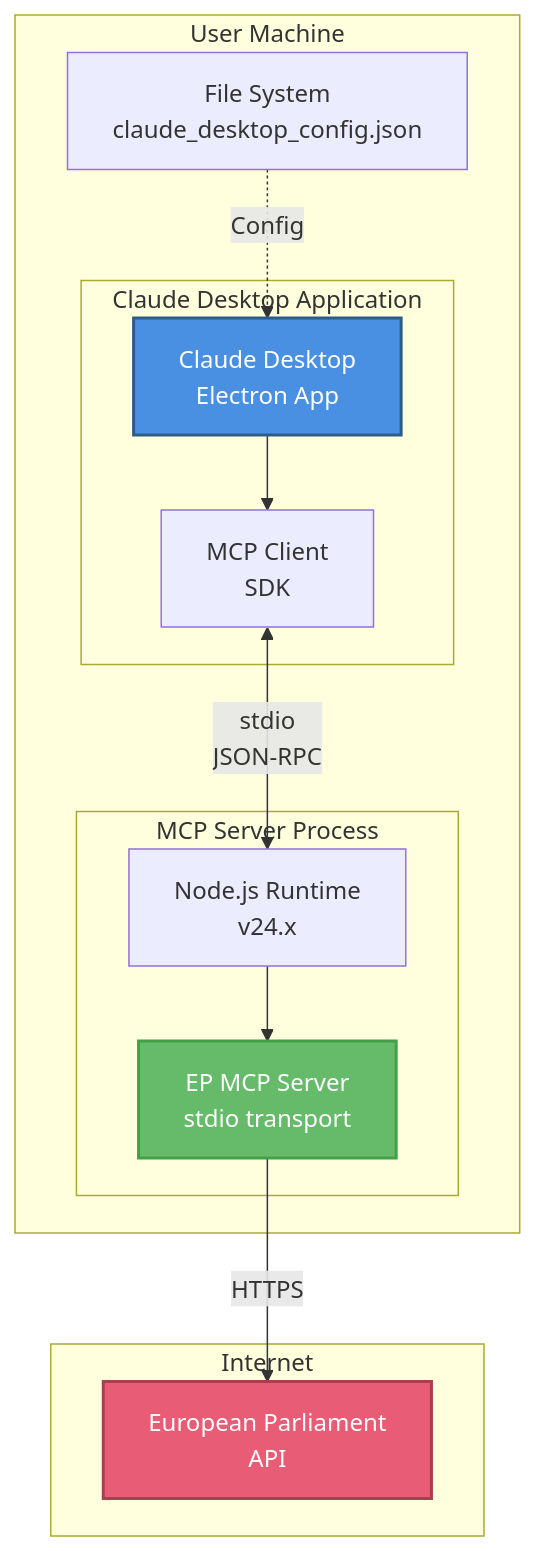
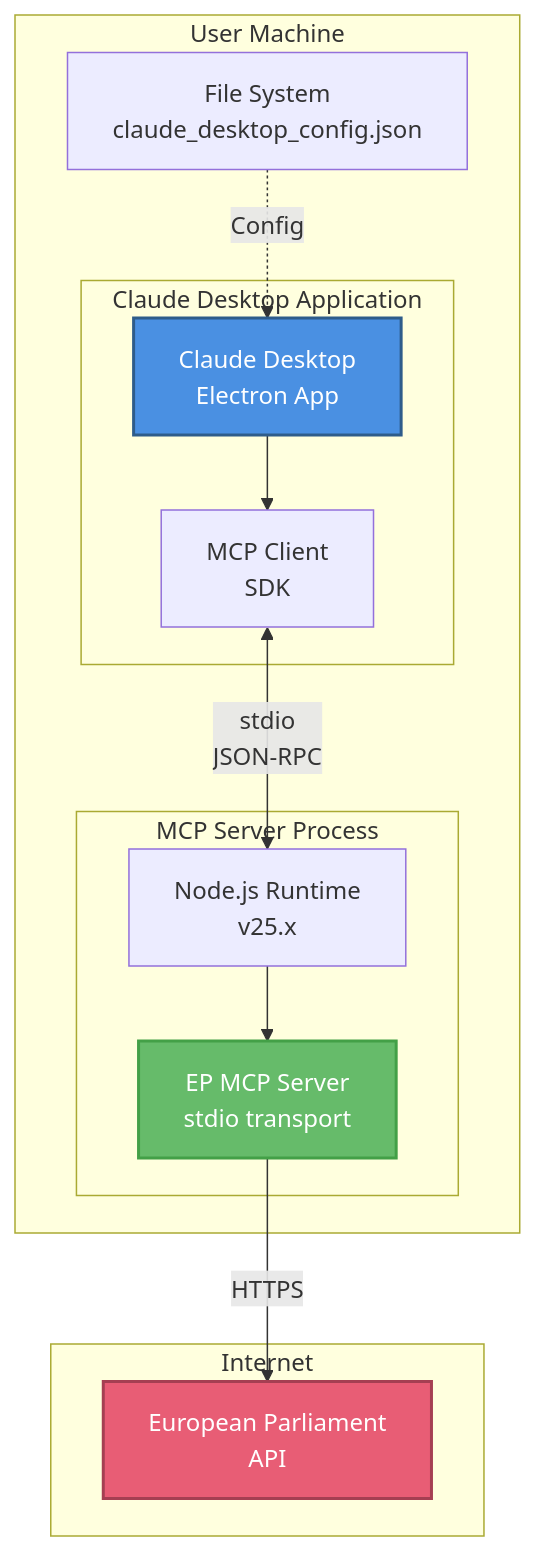
One commit to Hack23/European-Parliament-MCP-Server changed the tenth of 14 diagrams in docs/api-markdown/_media/ARCHITECTURE_DIAGRAMS.md. Above: the diagram before and after it, drawn with Mermaid. The commit also changed other lines of this file and 40 other files, not shown here.

````diff
--- a/docs/api-markdown/_media/ARCHITECTURE_DIAGRAMS.md
+++ b/docs/api-markdown/_media/ARCHITECTURE_DIAGRAMS.md
@@ -663,30 +663,30 @@
 ```mermaid
 graph TB
     subgraph "User Machine"
         subgraph "Claude Desktop Application"
             CLAUDE[Claude Desktop<br/>Electron App]
             MCP_CLIENT[MCP Client<br/>SDK]
         end
         
         subgraph "MCP Server Process"
-            NODE[Node.js Runtime<br/>v24.x]
+            NODE[Node.js Runtime<br/>v25.x]
             SERVER[EP MCP Server<br/>stdio transport]
         end
         
         FS[File System<br/>claude_desktop_config.json]
     end
     
     subgraph "Internet"
         EP_API[European Parliament<br/>API]
     end
     
     FS -.->|Config| CLAUDE
     CLAUDE --> MCP_CLIENT
     MCP_CLIENT <-->|stdio<br/>JSON-RPC| NODE
     NODE --> SERVER
     SERVER -->|HTTPS| EP_API
     
     style CLAUDE fill:#4A90E2,stroke:#2E5C8A,stroke-width:2px,color:#fff
     style SERVER fill:#66BB6A,stroke:#43A047,stroke-width:2px,color:#fff
     style EP_API fill:#E85D75,stroke:#A53F52,stroke-width:2px,color:#fff
 ```
````
